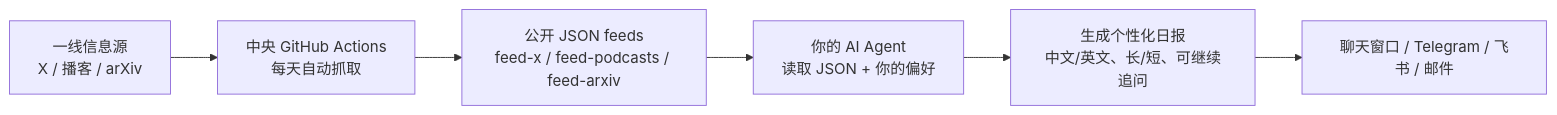
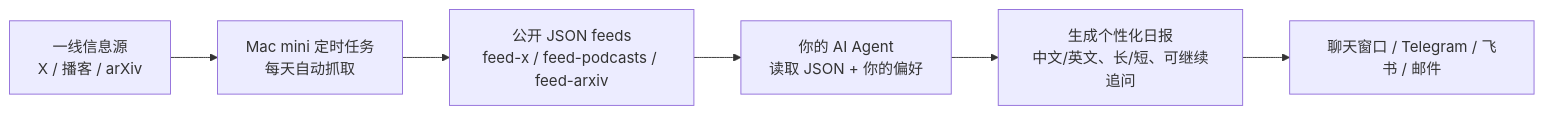
One commit to Benboerba620/ai-signal changed the diagram in README.md. Above: the diagram before and after it, drawn with Mermaid. The commit also changed other lines of this file and 12 other files, not shown here.

First line of the commit message:
Move daily feed production to the existing Mac mini runtime (#14)

````diff
--- a/README.md
+++ b/README.md
@@ -218,8 +220,8 @@
 ```mermaid
 flowchart LR
-  A["一线信息源<br/>X / 播客 / arXiv"] --> B["中央 GitHub Actions<br/>每天自动抓取"]
+  A["一线信息源<br/>X / 播客 / arXiv"] --> B["Mac mini 定时任务<br/>每天自动抓取"]
   B --> C["公开 JSON feeds<br/>feed-x / feed-podcasts / feed-arxiv"]
   C --> D["你的 AI Agent<br/>读取 JSON + 你的偏好"]
   D --> E["生成个性化日报<br/>中文/英文、长/短、可继续追问"]
   E --> F["聊天窗口 / Telegram / 飞书 / 邮件"]
 ```
````
